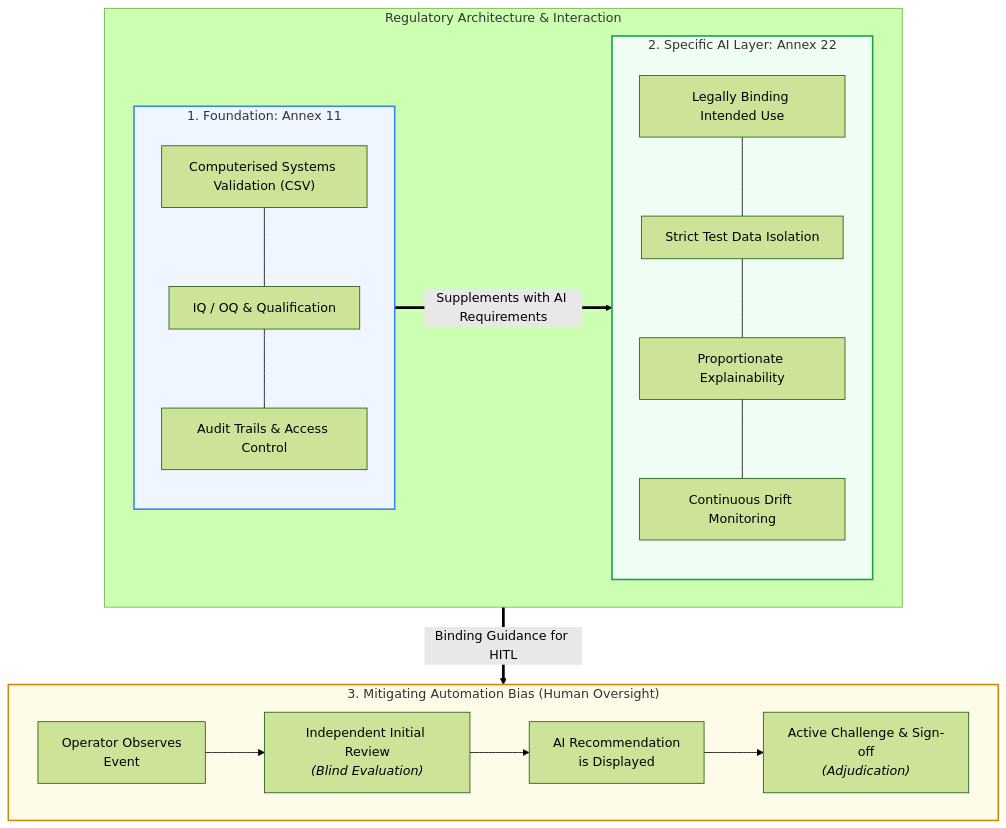
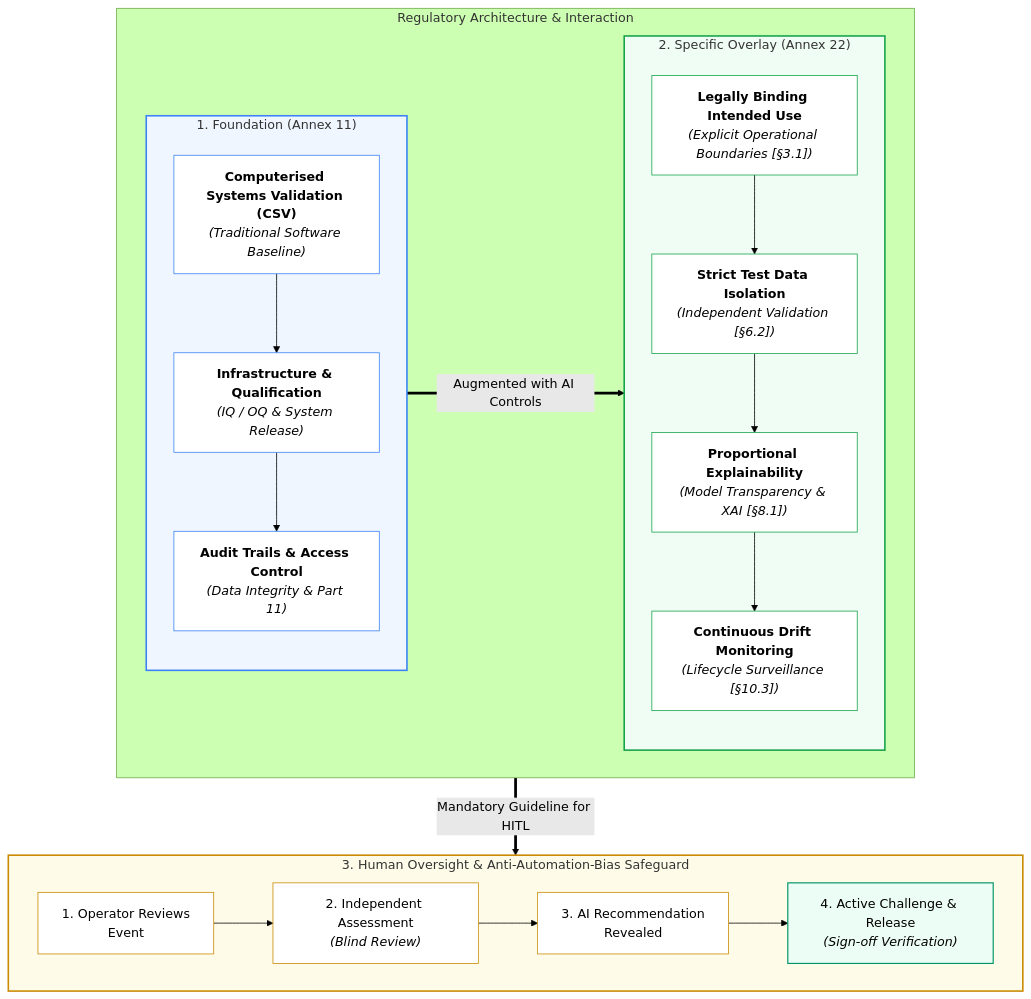
The diagram in docs/en/module_02_overview_annex_22.md (Lunaman06/Annex22), drawn with Mermaid (forest theme) before and after one commit. The commit also changed 10 other files, not shown here.

Commit message:
fix(ui,docs): add overview TOC box, style executive summary, clean hero & add directional mermaid arrows

````diff
--- a/docs/en/module_02_overview_annex_22.md
+++ b/docs/en/module_02_overview_annex_22.md
@@ -20,37 +20,48 @@
 ```mermaid
 flowchart TD
     subgraph RegArchitecture["Regulatory Architecture & Interaction"]
         direction LR
-        subgraph Foundation["1. Foundation: Annex 11"]
+        subgraph Foundation["1. Foundation (Annex 11)"]
             direction TB
-            F1["Computerised Systems Validation (CSV)"]
-            F2["IQ / OQ & Qualification"]
-            F3["Audit Trails & Access Control"]
-            F1 --- F2 --- F3
+            F1["<b>Computerised Systems Validation (CSV)</b><br/><i>(Traditional Software Baseline)</i>"]
+            F2["<b>Infrastructure & Qualification</b><br/><i>(IQ / OQ & System Release)</i>"]
+            F3["<b>Audit Trails & Access Control</b><br/><i>(Data Integrity & Part 11)</i>"]
+            F1 --> F2 --> F3
         end
 
-        subgraph Annex22["2. Specific AI Layer: Annex 22"]
+        subgraph Annex22["2. Specific Overlay (Annex 22)"]
             direction TB
-            A1["Legally Binding Intended Use"]
-            A2["Strict Test Data Isolation"]
-            A3["Proportionate Explainability"]
-            A4["Continuous Drift Monitoring"]
-            A1 --- A2 --- A3 --- A4
+            A1["<b>Legally Binding Intended Use</b><br/><i>(Explicit Operational Boundaries [§3.1])</i>"]
+            A2["<b>Strict Test Data Isolation</b><br/><i>(Independent Validation [§6.2])</i>"]
+            A3["<b>Proportional Explainability</b><br/><i>(Model Transparency & XAI [§8.1])</i>"]
+            A4["<b>Continuous Drift Monitoring</b><br/><i>(Lifecycle Surveillance [§10.3])</i>"]
+            A1 --> A2 --> A3 --> A4
         end
 
-        Foundation ==>|"Supplements with AI Requirements"| Annex22
+        Foundation ==>|"Augmented with AI Controls"| Annex22
     end
 
-    subgraph ChallengeLoop["3. Mitigating Automation Bias (Human Oversight)"]
+    subgraph ChallengeLoop["3. Human Oversight & Anti-Automation-Bias Safeguard"]
         direction LR
-        C1["Operator Observes<br/>Event"] --> C2["Independent Initial Review<br/><i>(Blind Evaluation)</i>"]
-        C2 --> C3["AI Recommendation<br/>is Displayed"]
-        C3 --> C4["Active Challenge & Sign-off<br/><i>(Adjudication)</i>"]
+        C1["1. Operator Reviews<br/>Event"] --> C2["2. Independent Assessment<br/><i>(Blind Review)</i>"]
+        C2 --> C3["3. AI Recommendation<br/>Revealed"]
+        C3 --> C4["4. Active Challenge & Release<br/><i>(Sign-off Verification)</i>"]
     end
 
-    RegArchitecture ==>|"Binding Guidance for HITL"| ChallengeLoop
+    RegArchitecture ==>|"Mandatory Guideline for HITL"| ChallengeLoop
 
     style Foundation fill:#eff6ff,stroke:#3b82f6,stroke-width:2px
     style Annex22 fill:#f0fdf4,stroke:#16a34a,stroke-width:2px
     style ChallengeLoop fill:#fefce8,stroke:#ca8a04,stroke-width:2px
+    style F1 fill:#ffffff,stroke:#3b82f6,stroke-width:1px
+    style F2 fill:#ffffff,stroke:#3b82f6,stroke-width:1px
+    style F3 fill:#ffffff,stroke:#3b82f6,stroke-width:1px
+    style A1 fill:#ffffff,stroke:#16a34a,stroke-width:1px
+    style A2 fill:#ffffff,stroke:#16a34a,stroke-width:1px
+    style A3 fill:#ffffff,stroke:#16a34a,stroke-width:1px
+    style A4 fill:#ffffff,stroke:#16a34a,stroke-width:1px
+    style C1 fill:#ffffff,stroke:#ca8a04,stroke-width:1px
+    style C2 fill:#ffffff,stroke:#ca8a04,stroke-width:1px
+    style C3 fill:#ffffff,stroke:#ca8a04,stroke-width:1px
+    style C4 fill:#ecfdf5,stroke:#059669,stroke-width:1.5px
 ```
````
